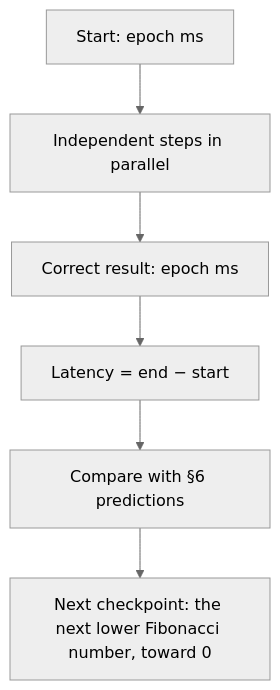
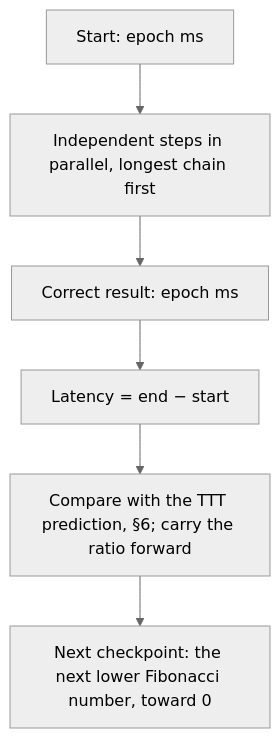
One commit to SolenixAI/arbiter changed the eighth of 14 diagrams in AGENTS.md. Above: the diagram before and after it, drawn with Mermaid (neutral theme). The commit also changed other lines of this file, not shown here.

First line of the commit message:
docs(agents): section 7 measures, calibrates, parallelizes the longest chain

````diff
--- a/AGENTS.md
+++ b/AGENTS.md
@@ -330,4 +328,5 @@
 ```mermaid
 flowchart TD
-  S[Start: epoch ms] --> P[Independent steps in parallel] --> R[Correct result: epoch ms] --> L[Latency = end − start] --> CP[Compare with §6 predictions] --> FB[Next checkpoint: the next lower Fibonacci number, toward 0]
+  S["Start: epoch ms"] --> P["Independent steps in parallel, longest chain first"] --> R["Correct result: epoch ms"] --> L["Latency = end − start"]
+  L --> C["Compare with the TTT prediction, §6; carry the ratio forward"] --> FB["Next checkpoint: the next lower Fibonacci number, toward 0"]
 ```
````
